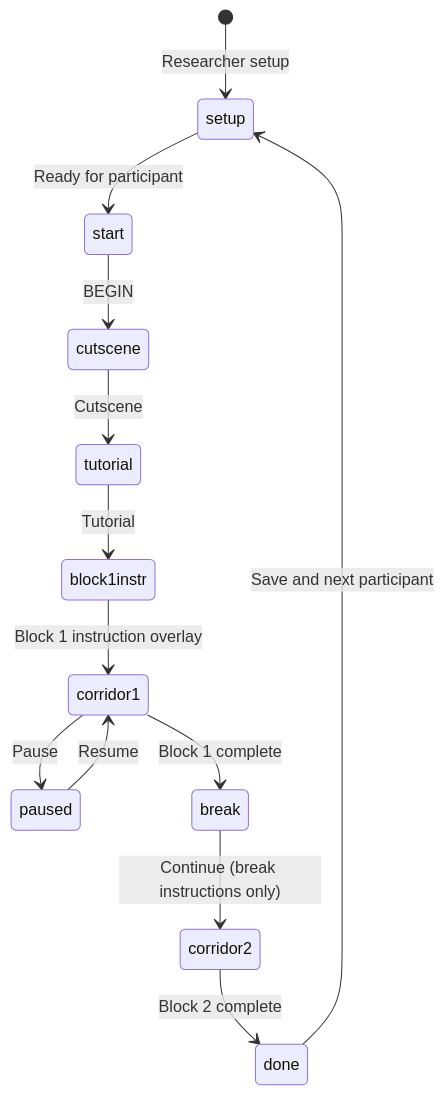
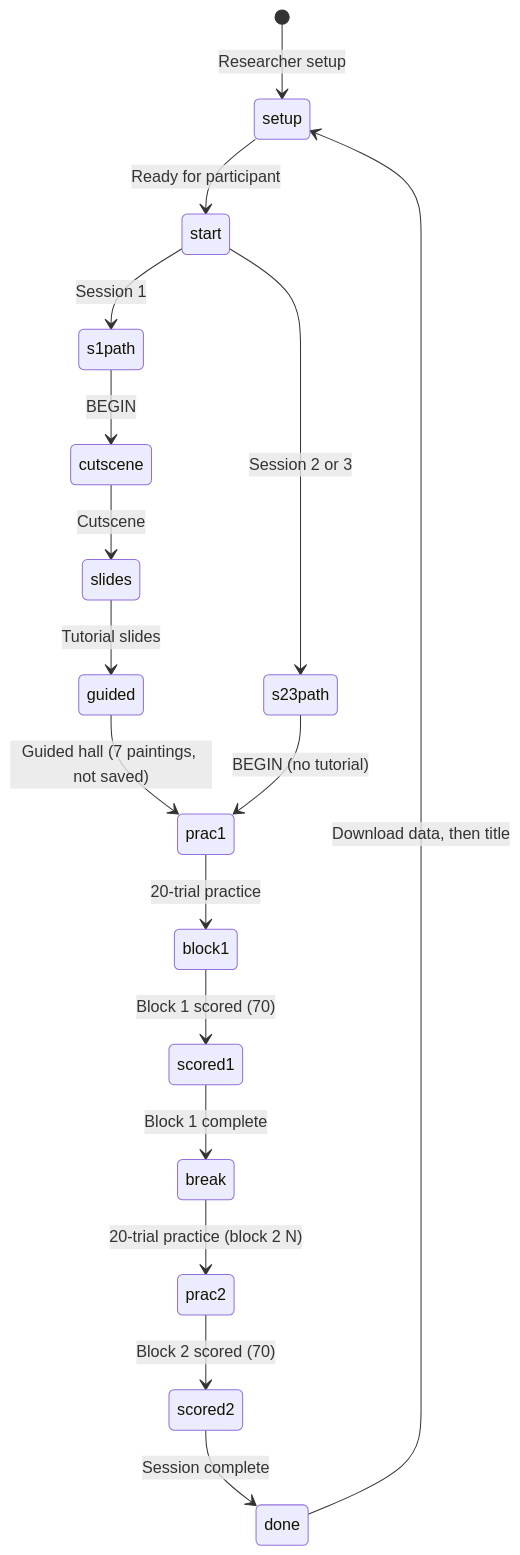
One commit to Konseptt/glyphmind-lab-version changed the second of 2 diagrams in README.md. Above: the diagram before and after it, drawn with Mermaid. The commit also changed other lines of this file and 3 other files, not shown here.

First line of the commit message:
Improve lab session flow, export, and documentation.

````diff
--- a/README.md
+++ b/README.md
@@ -129,15 +115,19 @@
 ```mermaid
 stateDiagram-v2
   [*] --> setup: Researcher setup
   setup --> start: Ready for participant
-  start --> cutscene: BEGIN
-  cutscene --> tutorial: Cutscene
-  tutorial --> block1instr: Tutorial
-  block1instr --> corridor1: Block 1 instruction overlay
-  corridor1 --> paused: Pause
-  paused --> corridor1: Resume
-  corridor1 --> break: Block 1 complete
-  break --> corridor2: Continue (break instructions only)
-  corridor2 --> done: Block 2 complete
-  done --> setup: Save and next participant
+  start --> s1path: Session 1
+  start --> s23path: Session 2 or 3
+  s1path --> cutscene: BEGIN
+  cutscene --> slides: Cutscene
+  slides --> guided: Tutorial slides
+  guided --> prac1: Guided hall (7 paintings, not saved)
+  s23path --> prac1: BEGIN (no tutorial)
+  prac1 --> block1: 20-trial practice
+  block1 --> scored1: Block 1 scored (70)
+  scored1 --> break: Block 1 complete
+  break --> prac2: 20-trial practice (block 2 N)
+  prac2 --> scored2: Block 2 scored (70)
+  scored2 --> done: Session complete
+  done --> setup: Download data, then title
 ```
````
